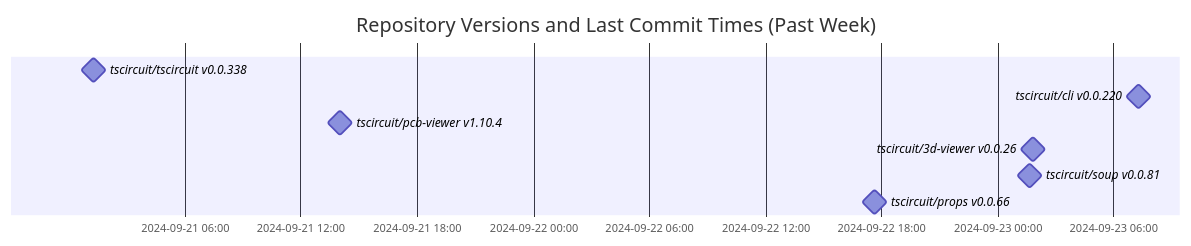
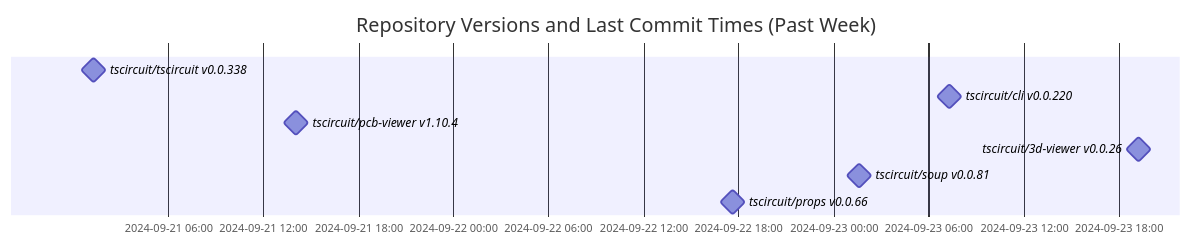
One commit to tscircuit/version-tracker changed the diagram in README.md. Above: the diagram before and after it, drawn with Mermaid.

Commit message:
Update chart

````diff
--- a/README.md
+++ b/README.md
@@ -1,13 +1,13 @@
 ```mermaid
 gantt
   dateFormat  YYYY-MM-DD HH:mm:ss
   title Repository Versions and Last Commit Times (Past Week)
   axisFormat %Y-%m-%d %H:%M
 
   tscircuit/tscircuit v0.0.338 : milestone, 2024-09-21 01:17:43, 1s
   tscircuit/cli v0.0.220 : milestone, 2024-09-23 07:17:00, 1s
   tscircuit/pcb-viewer v1.10.4 : milestone, 2024-09-21 14:02:34, 1s
-  tscircuit/3d-viewer v0.0.26 : milestone, 2024-09-23 01:48:28, 1s
+  tscircuit/3d-viewer v0.0.26 : milestone, 2024-09-23 19:15:09, 1s
   tscircuit/soup v0.0.81 : milestone, 2024-09-23 01:38:05, 1s
   tscircuit/props v0.0.66 : milestone, 2024-09-22 17:38:44, 1s
 ```
````
